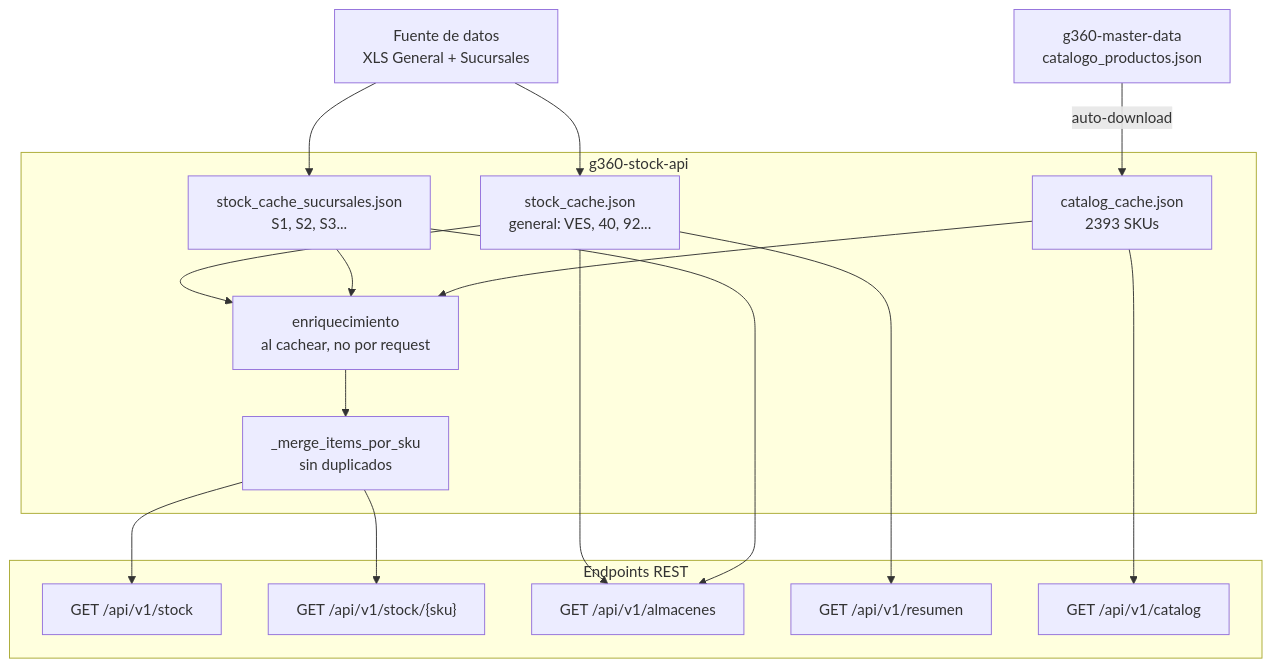
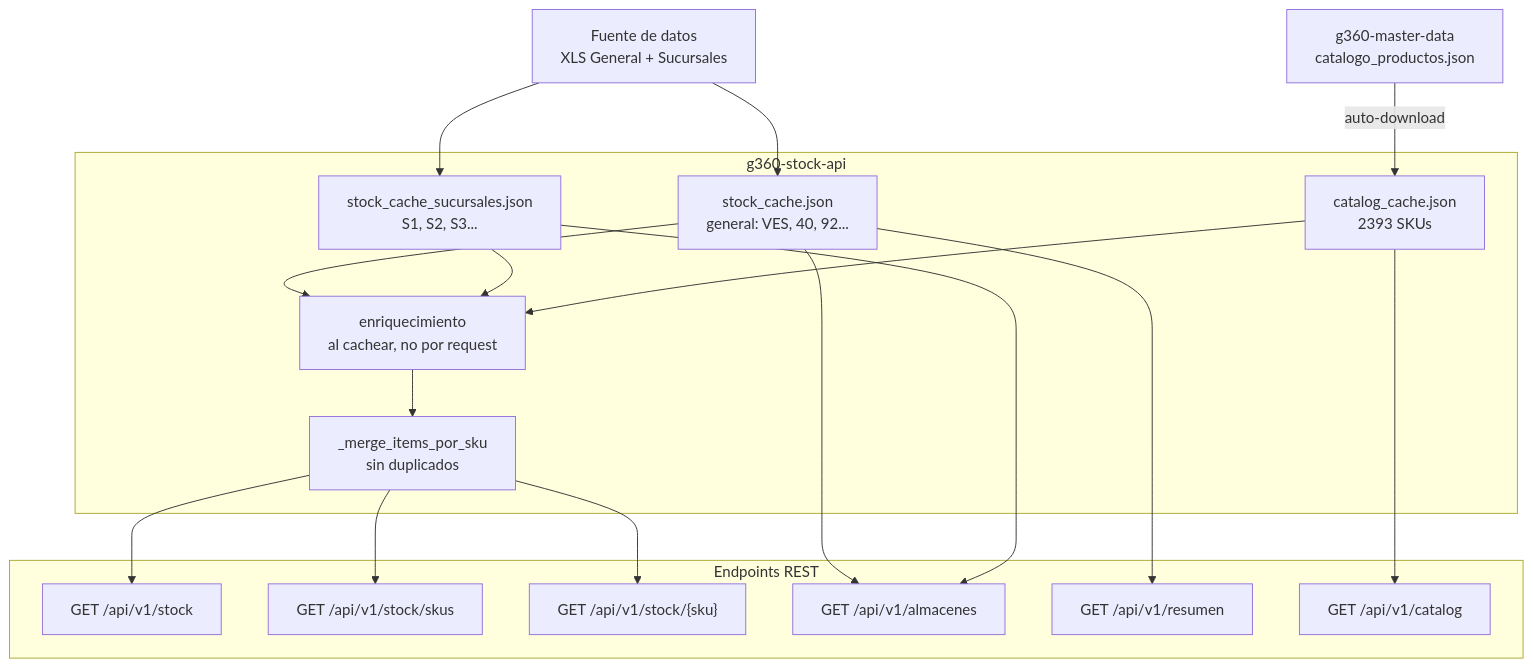
One commit to carloscus/g360-stock-api changed the first of 2 diagrams in README.md. Above: the diagram before and after it, drawn with Mermaid. The commit also changed other lines of this file and 8 other files, not shown here.

First line of the commit message:
feat(api): flags de negocio y endpoint compacto /api/v1/stock/skus

````diff
--- a/README.md
+++ b/README.md
@@ -17,36 +17,38 @@
 ```mermaid
 flowchart TD
     ERP["Fuente de datos<br/>XLS General + Sucursales"]
     MASTER["g360-master-data<br/>catalogo_productos.json"]
 
     subgraph API["g360-stock-api"]
         CACHE1["stock_cache.json<br/>general: VES, 40, 92..."]
         CACHE2["stock_cache_sucursales.json<br/>S1, S2, S3..."]
         CAT_CACHE["catalog_cache.json<br/>2393 SKUs"]
         ENRICH["enriquecimiento<br/>al cachear, no por request"]
         MERGE["_merge_items_por_sku<br/>sin duplicados"]
     end
 
     ERP --> CACHE1
     ERP --> CACHE2
     MASTER -->|auto-download| CAT_CACHE
     CACHE1 --> ENRICH
     CACHE2 --> ENRICH
     CAT_CACHE --> ENRICH
     ENRICH --> MERGE
 
     subgraph ENDPOINTS["Endpoints REST"]
         STOCK["GET /api/v1/stock"]
+        COMPACTO["GET /api/v1/stock/skus"]
         SKU["GET /api/v1/stock/{sku}"]
         ALM["GET /api/v1/almacenes"]
         RESUMEN["GET /api/v1/resumen"]
         CAT["GET /api/v1/catalog"]
     end
 
     MERGE --> STOCK
+    MERGE --> COMPACTO
     MERGE --> SKU
     CACHE1 --> ALM
     CACHE2 --> ALM
     CACHE1 --> RESUMEN
     CAT_CACHE --> CAT
 ```
````
